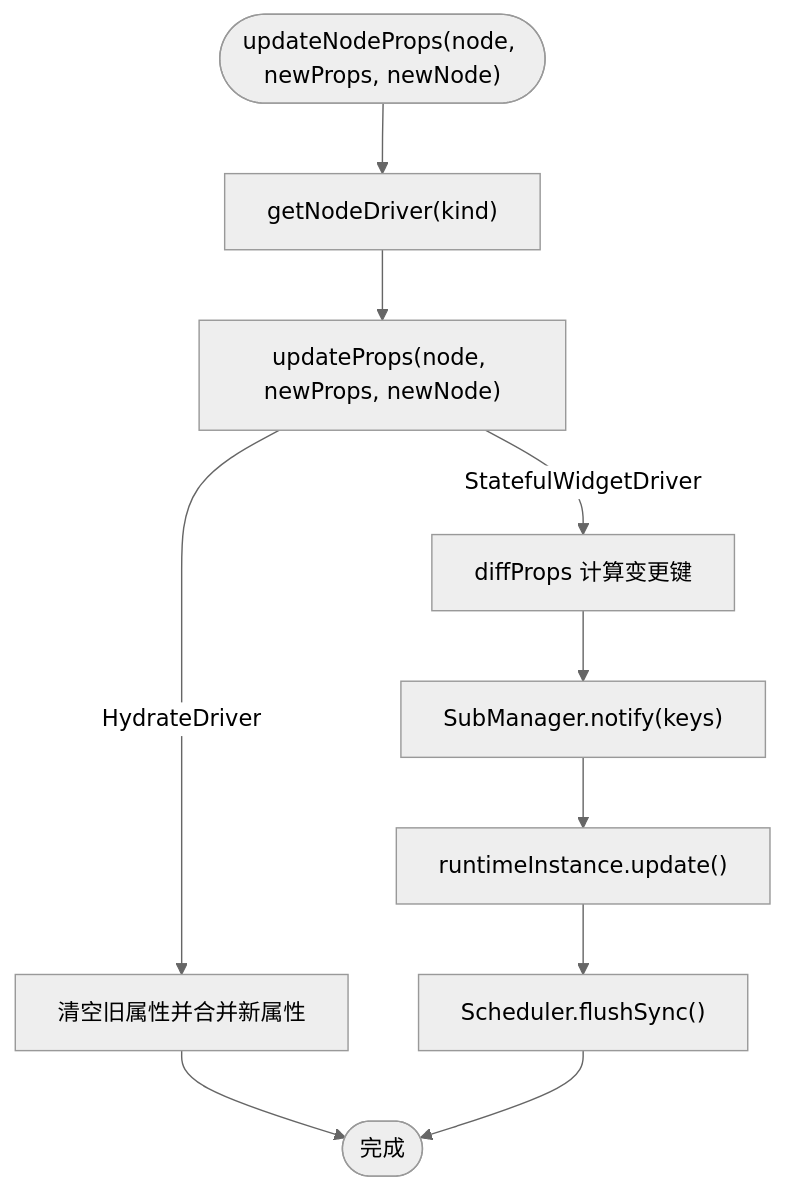
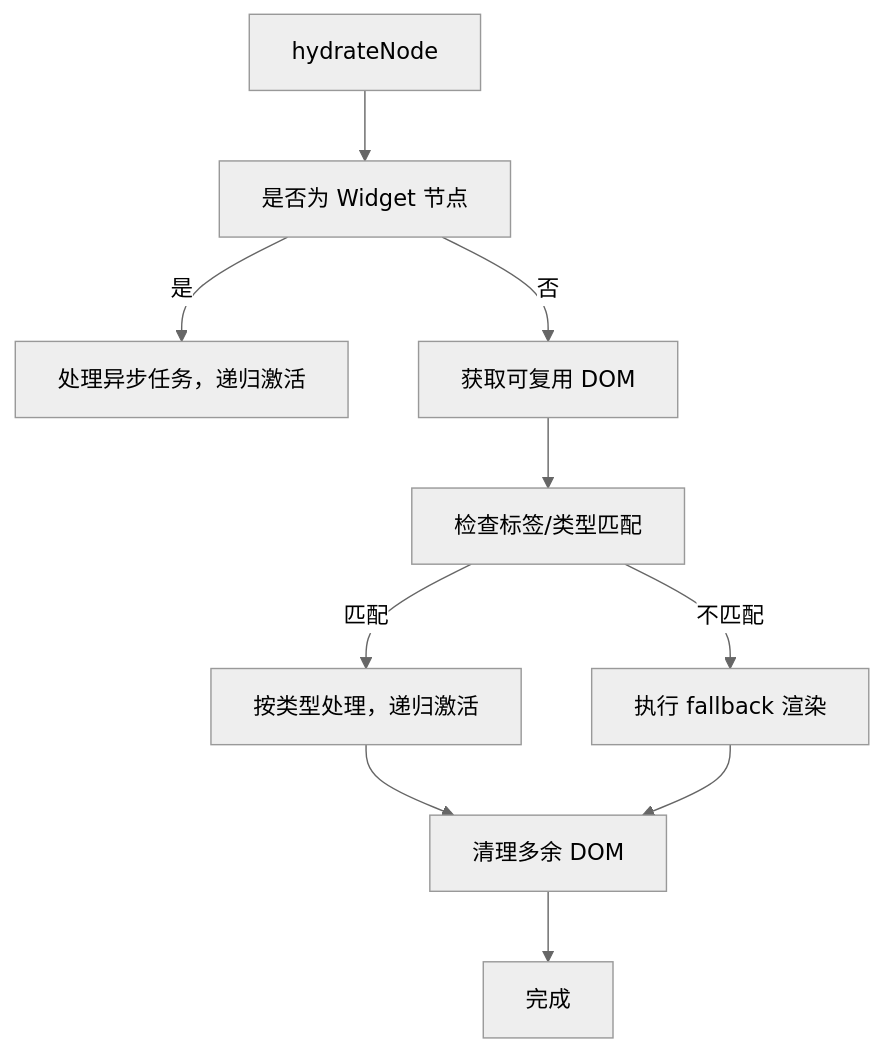
Before and after one commit to vitarx-lib/core: the sixth of 7 diagrams in .qoder/repowiki/zh/content/服务端渲染/客户端激活.md, drawn with Mermaid (neutral theme). The commit also changed other lines of this file and 3 other files, not shown here.

````diff
--- a/.qoder/repowiki/zh/content/服务端渲染/客户端激活.md
+++ b/.qoder/repowiki/zh/content/服务端渲染/客户端激活.md
@@ -218,12 +242,12 @@
 ```mermaid
 flowchart TD
-UStart(["updateNodeProps(node, newProps, newNode)"]) --> GetDrv["getNodeDriver(kind)"]
-GetDrv --> CallUpdate["updateProps(node, newProps, newNode)"]
-CallUpdate --> |HydrateDriver| Merge["清空旧属性并合并新属性"]
-CallUpdate --> |StatefulWidgetDriver| Diff["diffProps 计算变更键"]
-Diff --> Notify["SubManager.notify(keys)"]
-Notify --> Trigger["runtimeInstance.update()"]
-Trigger --> Flush["Scheduler.flushSync()"]
-Merge --> UEnd(["完成"])
-Flush --> UEnd
+Start["hydrateNode"] --> IsWidget["是否为 Widget 节点"]
+IsWidget --> |是| HandleWidget["处理异步任务，递归激活"]
+IsWidget --> |否| GetReuse["获取可复用 DOM"]
+GetReuse --> CheckMatch["检查标签/类型匹配"]
+CheckMatch --> |匹配| HandleMatch["按类型处理，递归激活"]
+CheckMatch --> |不匹配| Fallback["执行 fallback 渲染"]
+HandleMatch --> Cleanup["清理多余 DOM"]
+Fallback --> Cleanup
+Cleanup --> End["完成"]
 ```
````
